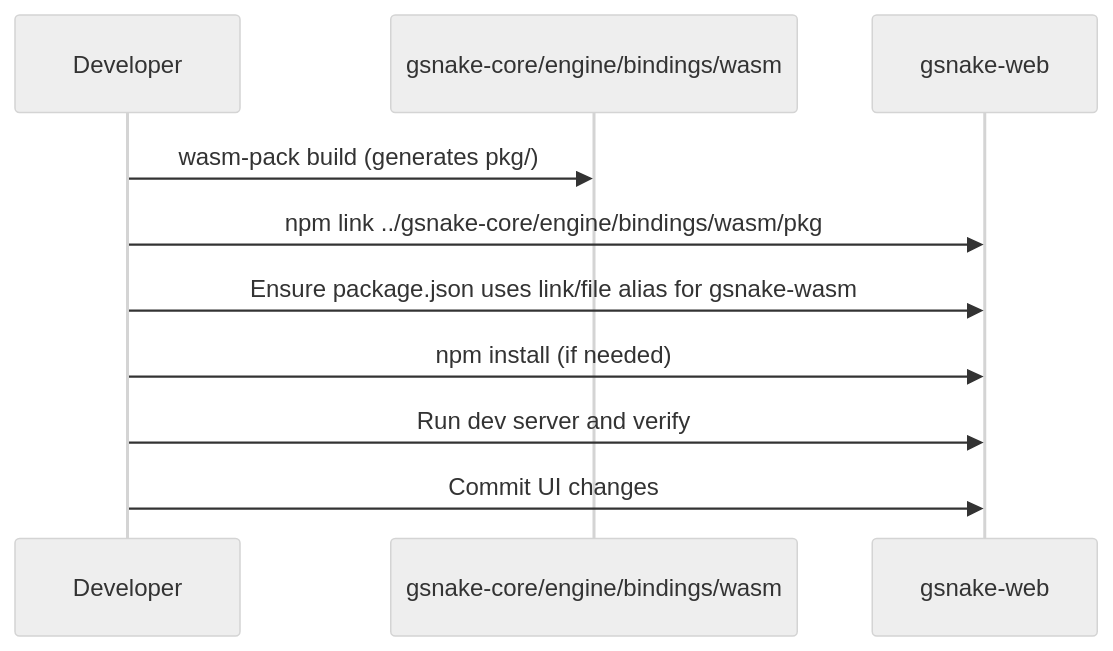
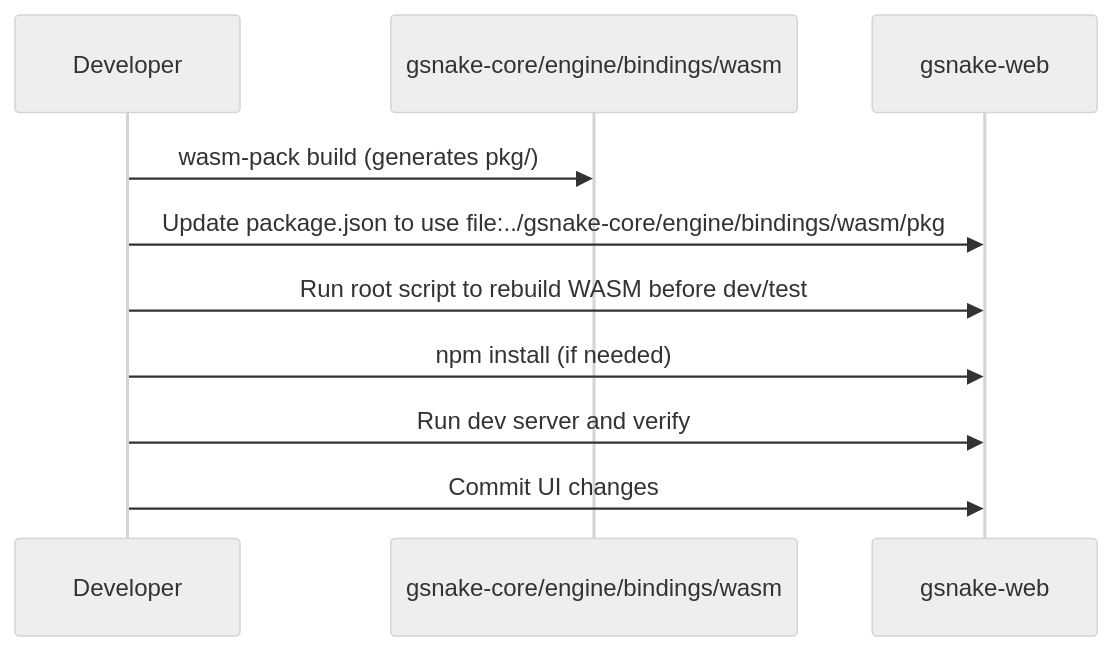
The third of 5 diagrams in epics/folder-structure/core-flows.md (NNTin/gSnake), drawn with Mermaid (neutral theme) before and after one commit. The commit also changed other lines of this file and 2 other files, not shown here.

````diff
--- a/epics/folder-structure/core-flows.md
+++ b/epics/folder-structure/core-flows.md
@@ -99,12 +98,12 @@
 ```mermaid
 sequenceDiagram
   participant Dev as Developer
   participant Wasm as gsnake-core/engine/bindings/wasm
   participant Web as gsnake-web
   Dev->>Wasm: wasm-pack build (generates pkg/)
-  Dev->>Web: npm link ../gsnake-core/engine/bindings/wasm/pkg
-  Dev->>Web: Ensure package.json uses link/file alias for gsnake-wasm
+  Dev->>Web: Update package.json to use file:../gsnake-core/engine/bindings/wasm/pkg
+  Dev->>Web: Run root script to rebuild WASM before dev/test
   Dev->>Web: npm install (if needed)
   Dev->>Web: Run dev server and verify
   Dev->>Web: Commit UI changes
 ```
````
